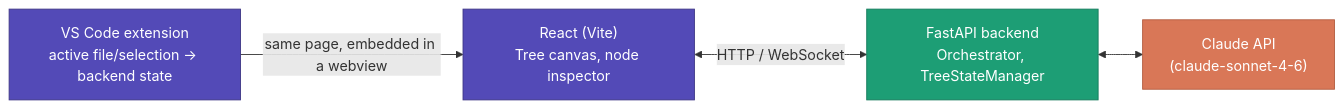
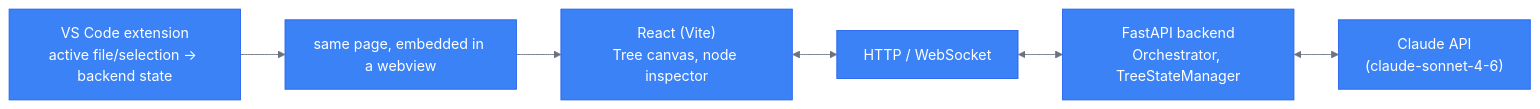
The diagram in README.md (Dishti-Oberai/branch-out), drawn with Mermaid before and after one commit.

Commit message:
Unify architecture diagram colors and fix dark-mode arrow visibility

````diff
--- a/README.md
+++ b/README.md
@@ -76,19 +76,18 @@
 ```mermaid
+%%{init: {'themeVariables': {'lineColor':'#6B7280'}}}%%
 flowchart LR
+    VSC["VS Code extension<br/>active file/selection → backend state"]
+    L1["same page, embedded in a webview"]
     FE["React (Vite)<br/>Tree canvas, node inspector"]
+    L2["HTTP / WebSocket"]
     BE["FastAPI backend<br/>Orchestrator, TreeStateManager"]
     API["Claude API<br/>(claude-sonnet-4-6)"]
-    VSC["VS Code extension<br/>active file/selection → backend state"]
 
-    FE <-->|HTTP / WebSocket| BE
+    VSC --> L1 --> FE
+    FE <--> L2 <--> BE
     BE <--> API
-    VSC -->|same page, embedded in a webview| FE
 
-    classDef frontend fill:#534AB7,stroke:#3d3685,color:#fff
-    classDef backend fill:#1D9E75,stroke:#157a5b,color:#fff
-    classDef external fill:#D97757,stroke:#b35c3f,color:#fff
+    classDef node fill:#3B82F6,stroke:#2563eb,color:#fff
 
-    class FE,VSC frontend
-    class BE backend
-    class API external
+    class VSC,FE,BE,API,L1,L2 node
 ```
````
